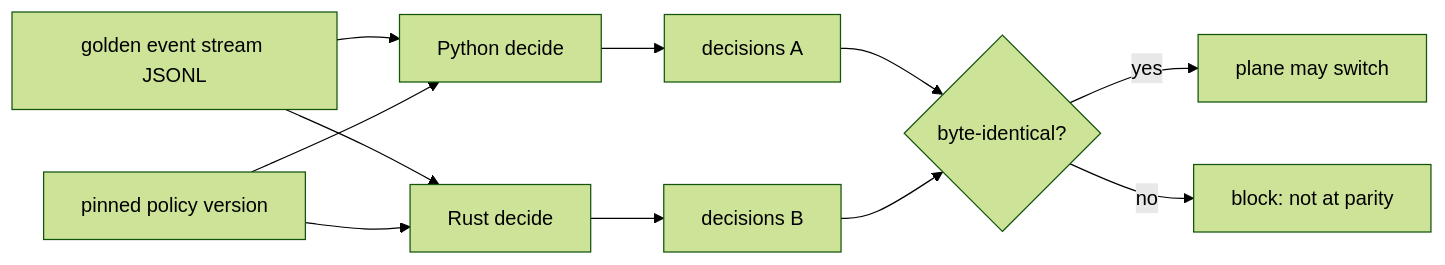
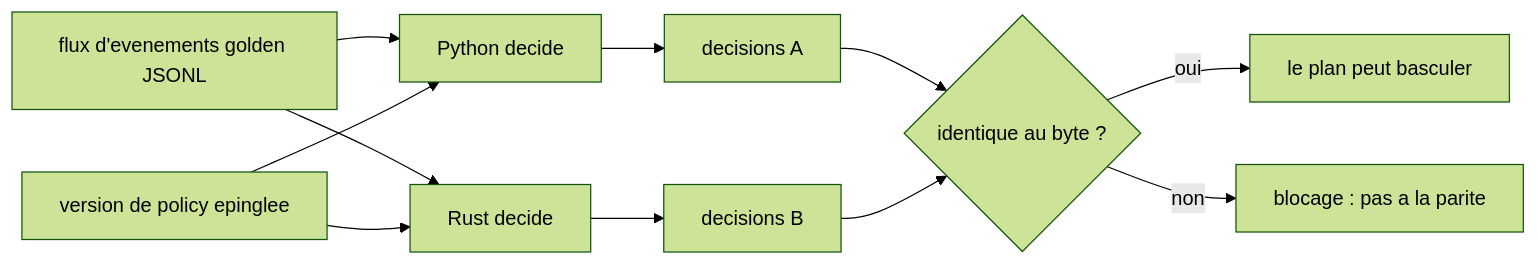
One commit to mo0ogly/recette_IA_agents changed the diagram in docs/decisions/ADR-0001-runtime-language-phasing.md. Above: the diagram before and after it, drawn with Mermaid (forest theme). The commit also changed other lines of this file and 25 other files, not shown here.

````diff
--- a/docs/decisions/ADR-0001-runtime-language-phasing.md
+++ b/docs/decisions/ADR-0001-runtime-language-phasing.md
@@ -62,13 +63,13 @@
 ```mermaid
 flowchart LR
-  STREAM[golden event stream JSONL] --> PY[Python decide]
+  STREAM[flux d'evenements golden JSONL] --> PY[Python decide]
   STREAM --> RS[Rust decide]
-  POL[pinned policy version] --> PY
+  POL[version de policy epinglee] --> PY
   POL --> RS
   PY --> A[decisions A]
   RS --> B[decisions B]
-  A --> EQ{byte-identical?}
+  A --> EQ{identique au byte ?}
   B --> EQ
-  EQ -->|yes| GO[plane may switch]
-  EQ -->|no| STOP[block: not at parity]
+  EQ -->|oui| GO[le plan peut basculer]
+  EQ -->|non| STOP[blocage : pas a la parite]
 ```
````
